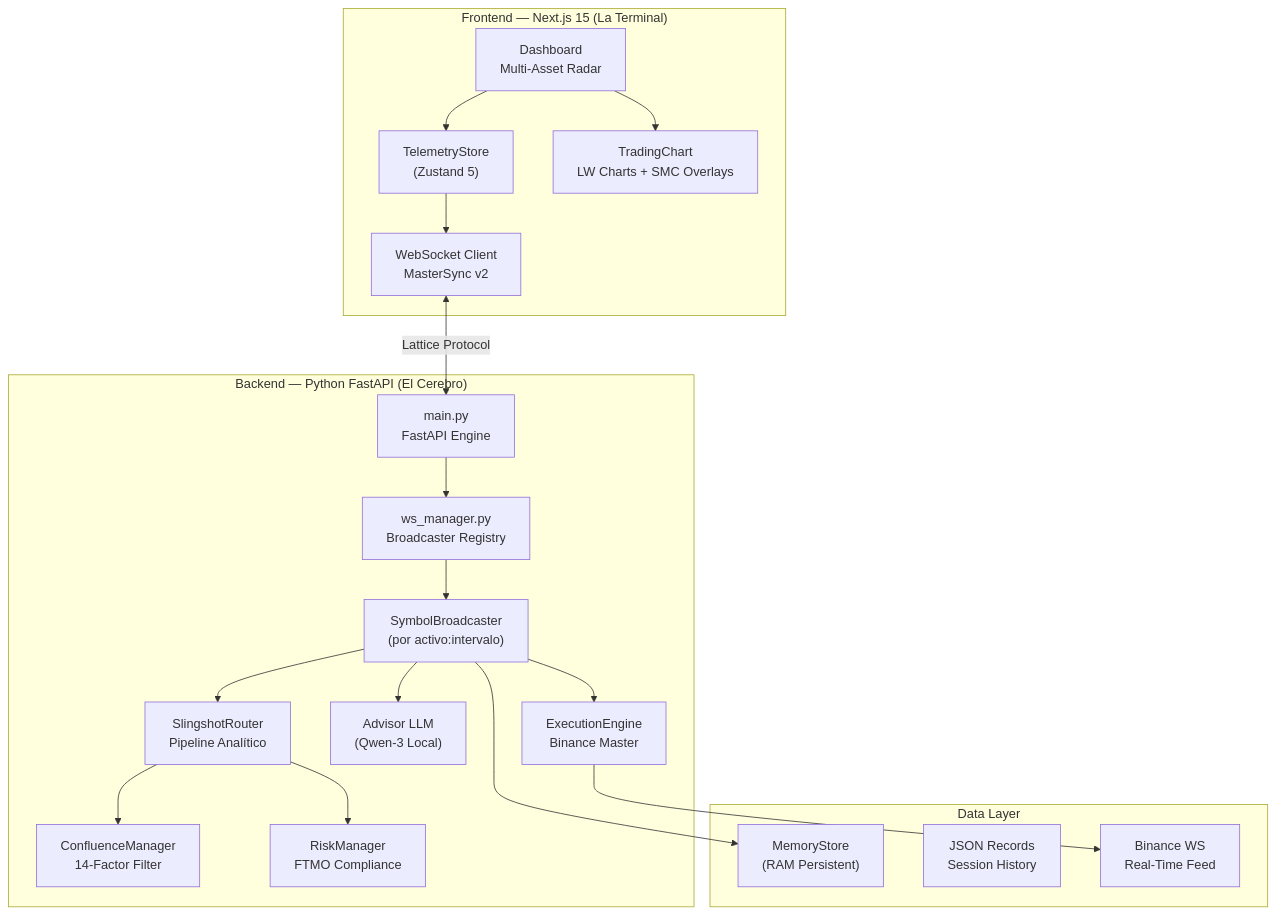
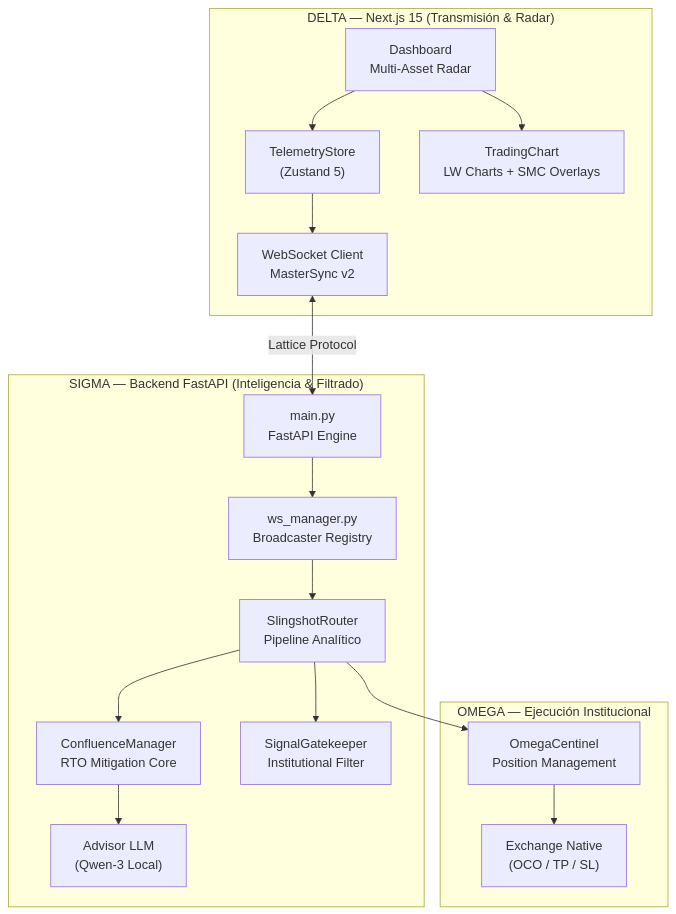
One commit to matiquelmec/Slingshot changed the diagram in README.md. Above: the diagram before and after it, drawn with Mermaid. The commit also changed other lines of this file and 13 other files, not shown here.

Commit message:
feat(v8.6.1): institutional stabilization & robust data pipeline. integrated ghost sentinel veto, autonomous htf worker, on-chain sync fix, and api thundering herd prevention.

````diff
--- a/README.md
+++ b/README.md
@@ -17,28 +18,23 @@
 ```mermaid
 graph TB
-    subgraph "Frontend — Next.js 15 (La Terminal)"
+    subgraph "DELTA — Next.js 15 (Transmisión & Radar)"
         A["Dashboard<br/>Multi-Asset Radar"] --> B["TelemetryStore<br/>(Zustand 5)"]
         B --> C["WebSocket Client<br/>MasterSync v2"]
         A --> D["TradingChart<br/>LW Charts + SMC Overlays"]
     end
 
-    subgraph "Backend — Python FastAPI (El Cerebro)"
+    subgraph "SIGMA — Backend FastAPI (Inteligencia & Filtrado)"
         J["main.py<br/>FastAPI Engine"] --> K["ws_manager.py<br/>Broadcaster Registry"]
-        K --> L["SymbolBroadcaster<br/>(por activo:intervalo)"]
-        L --> M["SlingshotRouter<br/>Pipeline Analítico"]
-        M --> P["ConfluenceManager<br/>14-Factor Filter"]
-        M --> Q["RiskManager<br/>FTMO Compliance"]
-        L --> S["Advisor LLM<br/>(Qwen-3 Local)"]
-        L --> T["ExecutionEngine<br/>Binance Master"]
+        K --> L["SlingshotRouter<br/>Pipeline Analítico"]
+        L --> M["ConfluenceManager<br/>RTO Mitigation Core"]
+        L --> N["SignalGatekeeper<br/>Institutional Filter"]
+        M --> S["Advisor LLM<br/>(Qwen-3 Local)"]
     end
 
-    subgraph "Data Layer"
-        Z["MemoryStore<br/>(RAM Persistent)"]
-        AA["JSON Records<br/>Session History"]
-        BB["Binance WS<br/>Real-Time Feed"]
+    subgraph "OMEGA — Ejecución Institucional"
+        T["OmegaCentinel<br/>Position Management"] --> BB["Exchange Native<br/>(OCO / TP / SL)"]
     end
 
     C <--> |"Lattice Protocol"| J
-    L --> Z
-    T --> BB
+    L --> T
 ```
````
